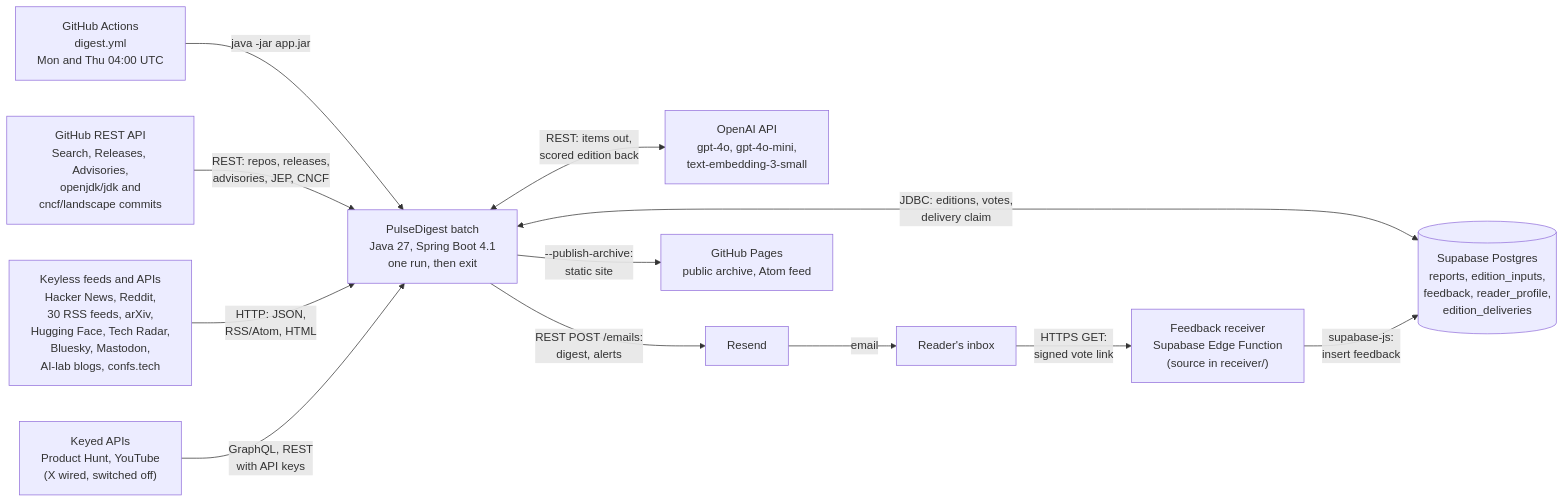
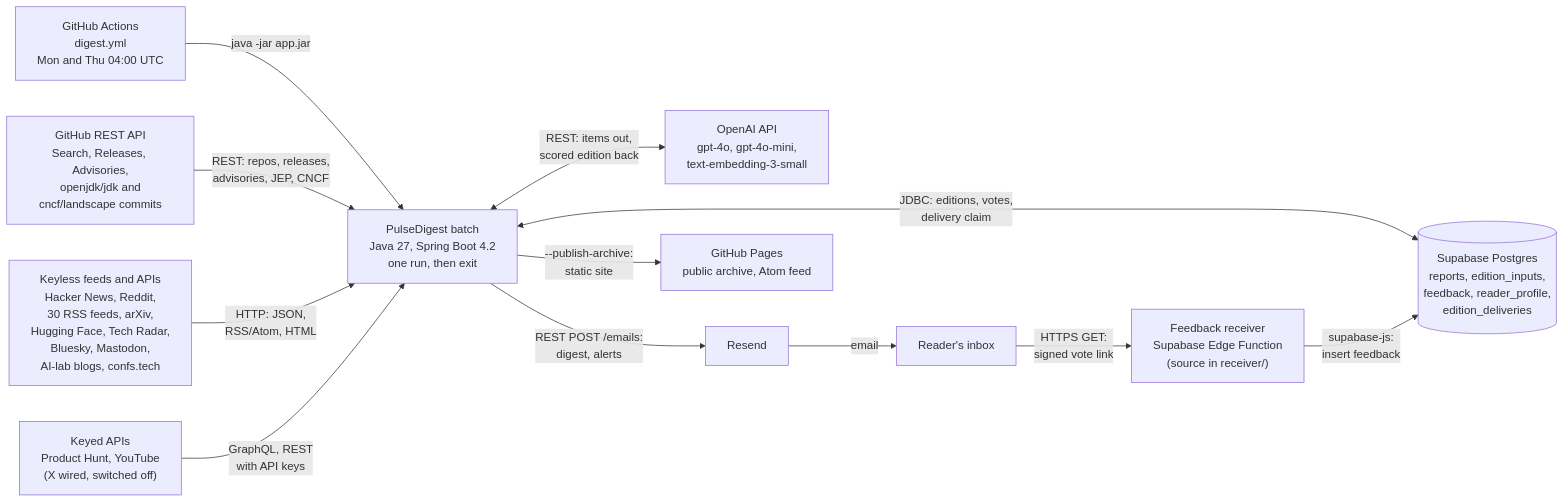
Before and after one commit to DominikSienkiewicz/PulseDigest: the first of 4 diagrams in README.md, drawn with Mermaid. The commit also changed other lines of this file and 5 other files, not shown here.

Commit message:
docs: describe the build as Spring Boot 4.2

````diff
--- a/README.md
+++ b/README.md
@@ -94,26 +94,26 @@
 ```mermaid
 flowchart LR
     gha["GitHub Actions<br/>digest.yml<br/>Mon and Thu 04:00 UTC"]
     ghapi["GitHub REST API<br/>Search, Releases, Advisories,<br/>openjdk/jdk and<br/>cncf/landscape commits"]
     open["Keyless feeds and APIs<br/>Hacker News, Reddit,<br/>30 RSS feeds, arXiv,<br/>Hugging Face, Tech Radar,<br/>Bluesky, Mastodon,<br/>AI-lab blogs, confs.tech"]
     keyed["Keyed APIs<br/>Product Hunt, YouTube<br/>(X wired, switched off)"]
-    app["PulseDigest batch<br/>Java 27, Spring Boot 4.1<br/>one run, then exit"]
+    app["PulseDigest batch<br/>Java 27, Spring Boot 4.2<br/>one run, then exit"]
     openai["OpenAI API<br/>gpt-4o, gpt-4o-mini,<br/>text-embedding-3-small"]
     db[("Supabase Postgres<br/>reports, edition_inputs,<br/>feedback, reader_profile,<br/>edition_deliveries")]
     resend["Resend"]
     inbox["Reader's inbox"]
     receiver["Feedback receiver<br/>Supabase Edge Function<br/>(source in receiver/)"]
     pages["GitHub Pages<br/>public archive, Atom feed"]
 
     gha -->|"java -jar app.jar"| app
     ghapi -->|"REST: repos, releases,<br/>advisories, JEP, CNCF"| app
     open -->|"HTTP: JSON,<br/>RSS/Atom, HTML"| app
     keyed -->|"GraphQL, REST<br/>with API keys"| app
     app <-->|"REST: items out,<br/>scored edition back"| openai
     app <-->|"JDBC: editions, votes,<br/>delivery claim"| db
     app -->|"REST POST /emails:<br/>digest, alerts"| resend
     resend -->|"email"| inbox
     inbox -->|"HTTPS GET:<br/>signed vote link"| receiver
     receiver -->|"supabase-js:<br/>insert feedback"| db
     app -->|"--publish-archive:<br/>static site"| pages
 ```
````
